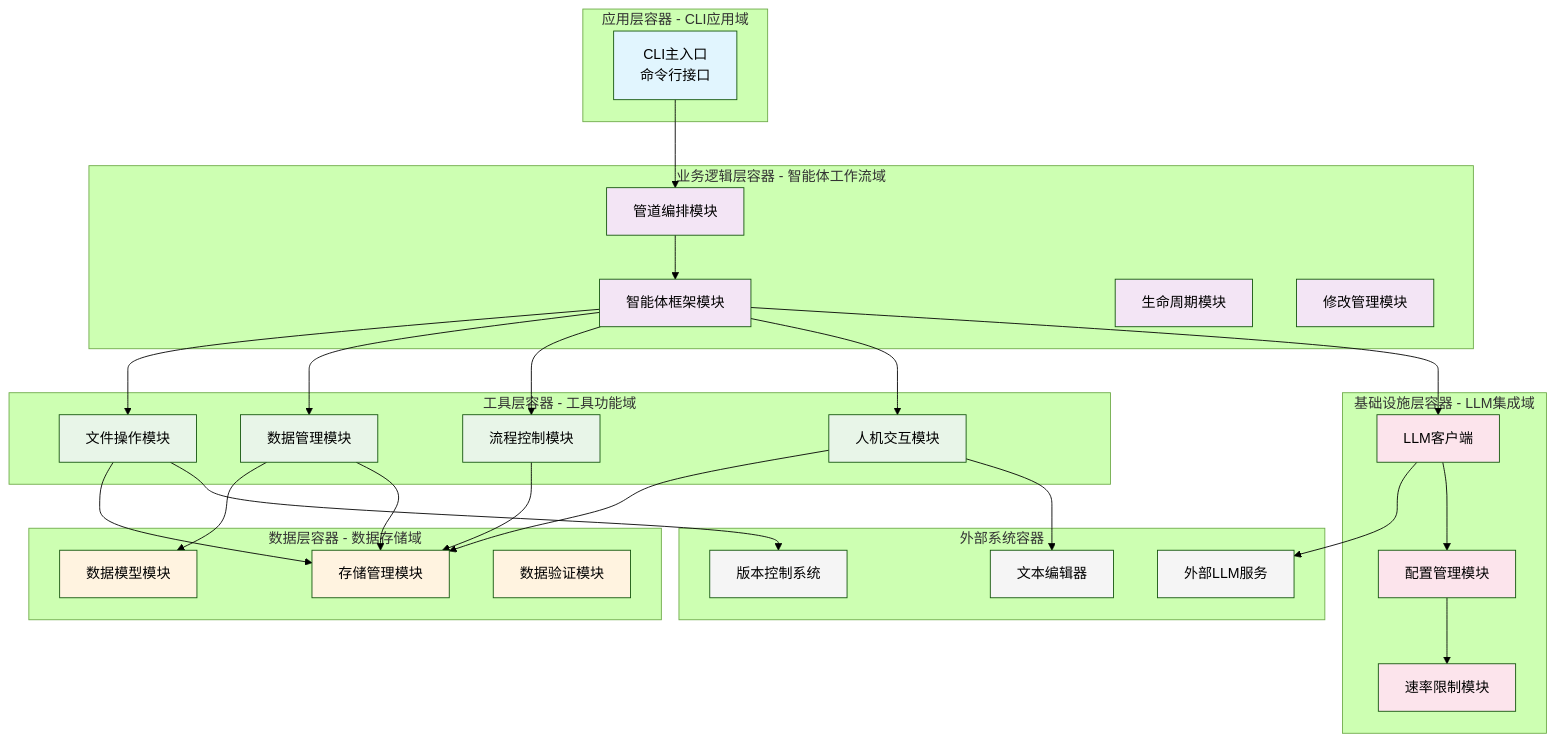
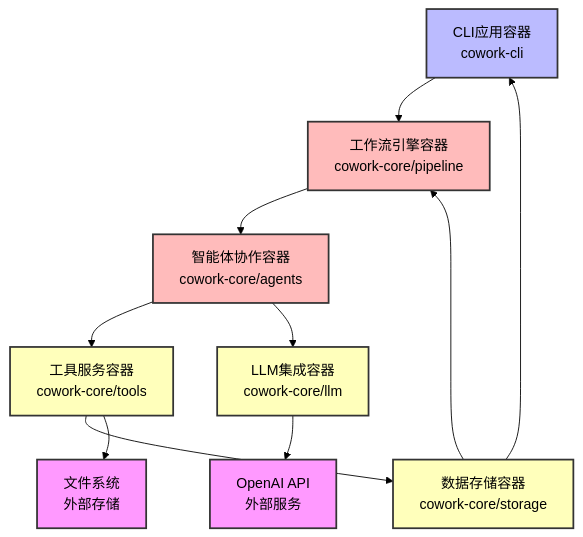
One commit to sopaco/cowork-forge changed the fourth of 11 diagrams in litho.docs/zh/2、架构概览.md. Above: the diagram before and after it, drawn with Mermaid (forest theme). The commit also changed other lines of this file and 26 other files, not shown here.

````diff
--- a/litho.docs/zh/2、架构概览.md
+++ b/litho.docs/zh/2、架构概览.md
@@ -115,80 +147,40 @@
 ```mermaid
 graph TB
     %% 应用层容器
-    subgraph "应用层容器 - CLI应用域"
-        CLI[CLI主入口<br/>命令行接口]
-    end
+    CLI[CLI应用容器<br/>cowork-cli]
     
-    %% 业务逻辑层容器
-    subgraph "业务逻辑层容器 - 智能体工作流域"
-        Pipeline[管道编排模块]
-        Agents[智能体框架模块]
-        Lifecycle[生命周期模块]
-        Modify[修改管理模块]
-    end
+    %% 核心业务容器
+    WORKFLOW[工作流引擎容器<br/>cowork-core/pipeline]
+    AGENTS[智能体协作容器<br/>cowork-core/agents]
     
-    %% 工具层容器
-    subgraph "工具层容器 - 工具功能域"
-        FileTools[文件操作模块]
-        DataTools[数据管理模块]
-        ControlTools[流程控制模块]
-        HITLTools[人机交互模块]
-    end
-    
-    %% 数据层容器
-    subgraph "数据层容器 - 数据存储域"
-        DataModel[数据模型模块]
-        Storage[存储管理模块]
-        Validation[数据验证模块]
-    end
-    
-    %% 基础设施层容器
-    subgraph "基础设施层容器 - LLM集成域"
-        Config[配置管理模块]
-        RateLimit[速率限制模块]
-        LLMClient[LLM客户端]
-    end
+    %% 支持服务容器
+    TOOLS[工具服务容器<br/>cowork-core/tools]
+    STORAGE[数据存储容器<br/>cowork-core/storage]
+    LLM[LLM集成容器<br/>cowork-core/llm]
     
     %% 外部系统容器
-    subgraph "外部系统容器"
-        ExtLLM[外部LLM服务]
-        ExtGit[版本控制系统]
-        ExtEditor[文本编辑器]
-    end
+    OPENAI[OpenAI API<br/>外部服务]
+    FILESYSTEM[文件系统<br/>外部存储]
     
     %% 依赖关系
-    CLI --> Pipeline
-    Pipeline --> Agents
-    Agents --> FileTools
-    Agents --> DataTools
-    Agents --> ControlTools
-    Agents --> HITLTools
+    CLI --> WORKFLOW
+    WORKFLOW --> AGENTS
+    AGENTS --> TOOLS
+    AGENTS --> LLM
+    TOOLS --> STORAGE
+    TOOLS --> FILESYSTEM
+    LLM --> OPENAI
+    STORAGE --> CLI
+    STORAGE --> WORKFLOW
     
-    FileTools --> Storage
-    DataTools --> DataModel
-    DataTools --> Storage
-    ControlTools --> Storage
-    HITLTools --> Storage
+    %% 样式定义
+    classDef app fill:#bbf,stroke:#333,stroke-width:2px
+    classDef core fill:#fbb,stroke:#333,stroke-width:2px
+    classDef support fill:#ffb,stroke:#333,stroke-width:2px
+    classDef external fill:#f9f,stroke:#333,stroke-width:2px
     
-    Agents --> LLMClient
-    LLMClient --> ExtLLM
-    FileTools --> ExtGit
-    HITLTools --> ExtEditor
-    
-    LLMClient --> Config
-    Config --> RateLimit
-    
-    classDef appContainer fill:#e1f5fe
-    classDef bizContainer fill:#f3e5f5
-    classDef toolContainer fill:#e8f5e8
-    classDef dataContainer fill:#fff3e0
-    classDef infraContainer fill:#fce4ec
-    classDef extContainer fill:#f5f5f5
-    
-    class CLI appContainer
-    class Pipeline,Agents,Lifecycle,Modify bizContainer
-    class FileTools,DataTools,ControlTools,HITLTools toolContainer
-    class DataModel,Storage,Validation dataContainer
-    class Config,RateLimit,LLMClient infraContainer
-    class ExtLLM,ExtGit,ExtEditor extContainer
+    class CLI app
+    class WORKFLOW,AGENTS core
+    class TOOLS,STORAGE,LLM support
+    class OPENAI,FILESYSTEM external
 ```
````
